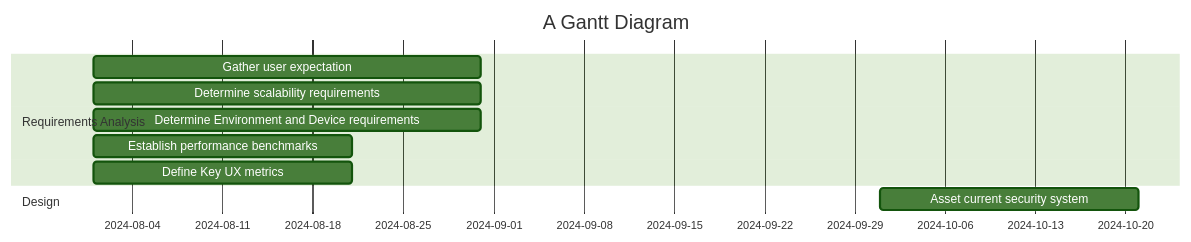
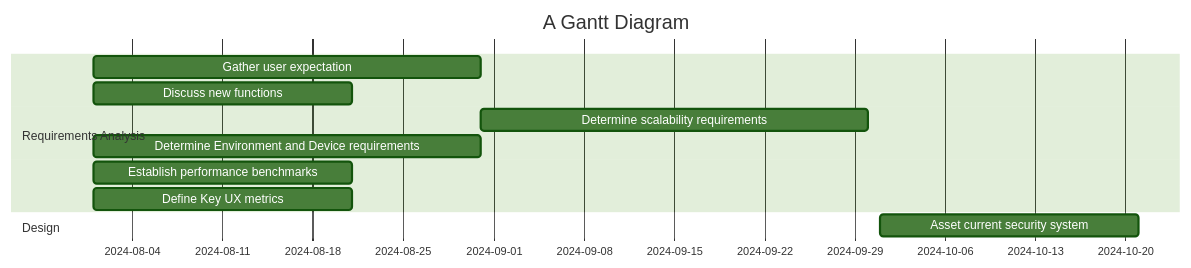
The diagram in all/Untitled-2.md (sayshelley/iodraw-files), drawn with Mermaid (forest theme) before and after one commit.

Commit message:
2024-10-05 00:18:44 update

````diff
--- a/all/Untitled-2.md
+++ b/all/Untitled-2.md
@@ -1,23 +1,23 @@
 ```mermaid
 gantt
     title A Gantt Diagram
     dateFormat  YYYY-MM-DD
     section Requirements Analysis
         Gather user expectation: a4, 2024-08-01, 30d
-        
-        Determine scalability requirements: a1, 2024-08-01, 30d
+        Discuss new functions: a6, 2024-08-01, 20d
+        Determine scalability requirements: a1, after a4, 30d
         Determine Environment and Device requirements: a2, 2024-08-01, 30d
         Establish performance benchmarks: a3, 2024-08-01, 20d
         Define Key UX metrics: a5, 2024-08-01, 20d
         
     section Design
         Asset current security system: b1, 2024-10-01, 20d
 
     section Develop
 
 
     
 
 
    
 ```
````
